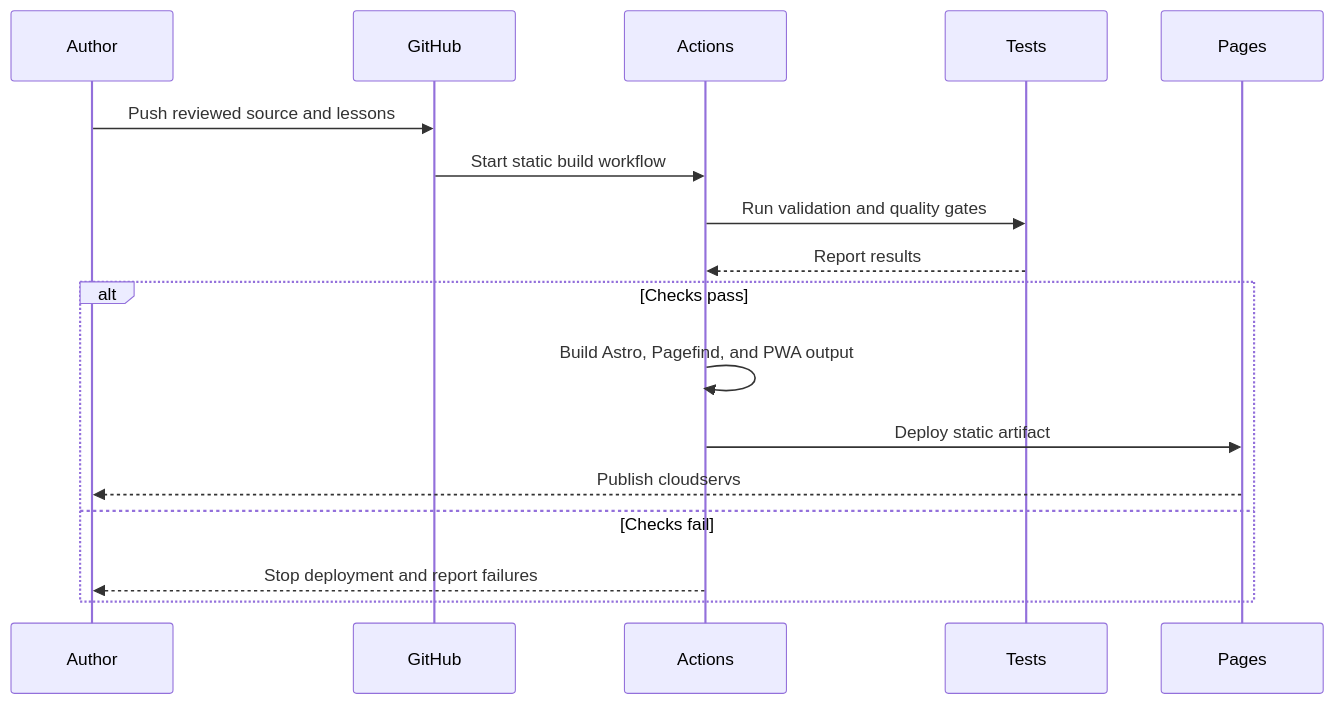
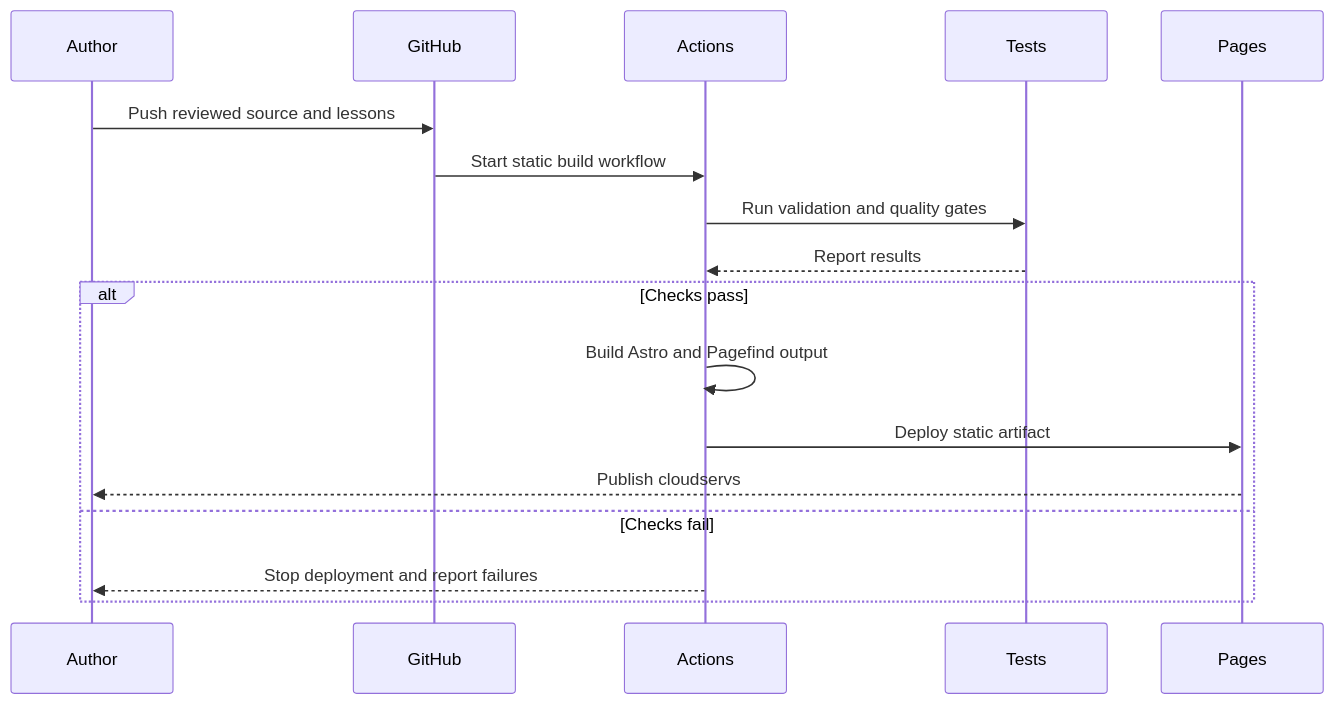
One commit to amanalip/cloudservs changed the fifth of 5 diagrams in readme.md. Above: the diagram before and after it, drawn with Mermaid. The commit also changed other lines of this file and 32 other files, not shown here.

````diff
--- a/readme.md
+++ b/readme.md
@@ -693,20 +740,20 @@
 ```mermaid
 sequenceDiagram
     participant Author
     participant GitHub
     participant Actions
     participant Tests
     participant Pages
 
     Author->>GitHub: Push reviewed source and lessons
     GitHub->>Actions: Start static build workflow
     Actions->>Tests: Run validation and quality gates
     Tests-->>Actions: Report results
     alt Checks pass
-        Actions->>Actions: Build Astro, Pagefind, and PWA output
+        Actions->>Actions: Build Astro and Pagefind output
         Actions->>Pages: Deploy static artifact
         Pages-->>Author: Publish cloudservs
     else Checks fail
         Actions-->>Author: Stop deployment and report failures
     end
 ```
````
